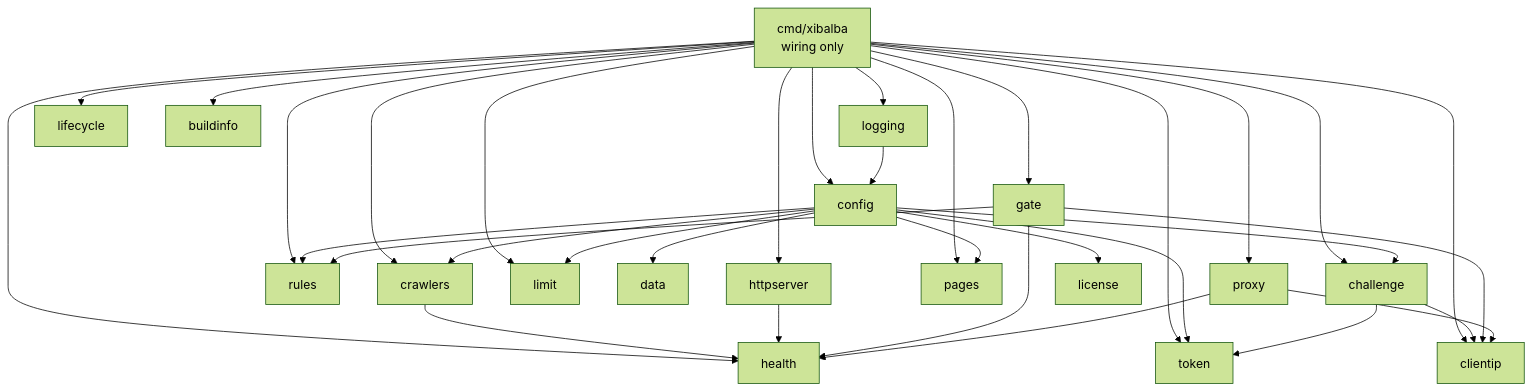
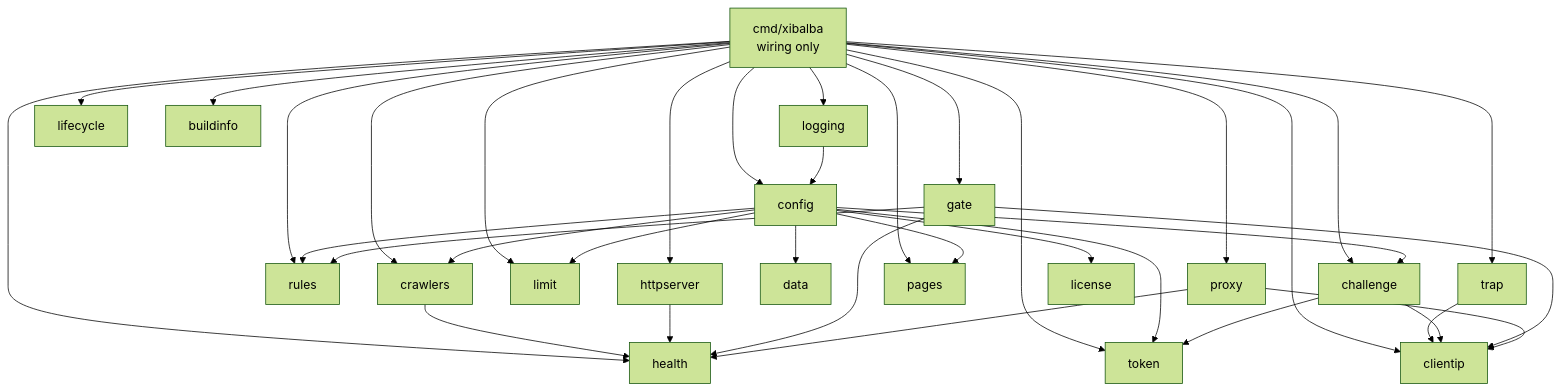
Before and after one commit to MaMoja/xibalba: the first of 2 diagrams in docs/ARCHITECTURE.md, drawn with Mermaid (forest theme). The commit also changed other lines of this file and 32 other files, not shown here.

````diff
--- a/docs/ARCHITECTURE.md
+++ b/docs/ARCHITECTURE.md
@@ -26,36 +26,38 @@
 ```mermaid
 flowchart TD
     main[cmd/xibalba<br>wiring only] --> config
     main --> logging
     main --> lifecycle
     main --> health
     main --> httpserver
     main --> buildinfo
     main --> clientip
     main --> rules
     main --> crawlers
     main --> limit
+    main --> trap
+    trap --> clientip
     config --> limit
     config --> crawlers
     config --> data
     crawlers --> health
     main --> token
     main --> challenge
     main --> gate
     main --> pages
     main --> proxy
     logging --> config
     config --> rules
     httpserver --> health
     config --> license
     config --> pages
     config --> challenge
     config --> token
     challenge --> token
     challenge --> clientip
     gate --> rules
     gate --> clientip
     gate --> health
     proxy --> health
     proxy --> clientip
 ```
````
